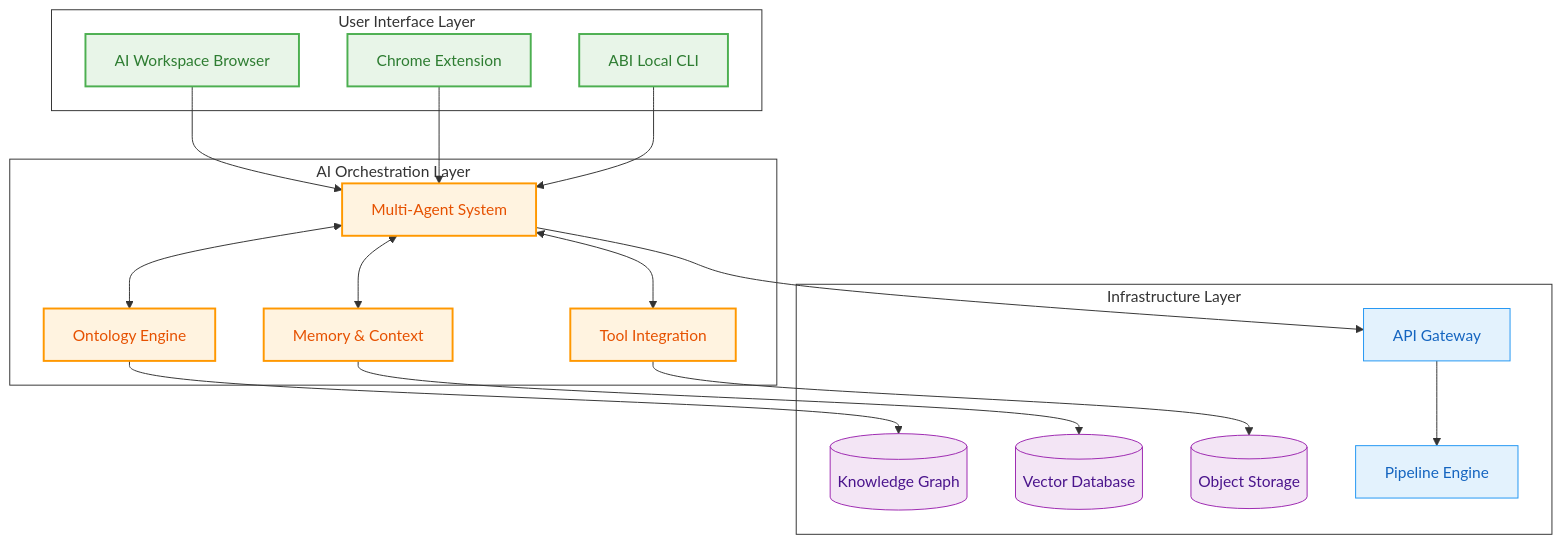
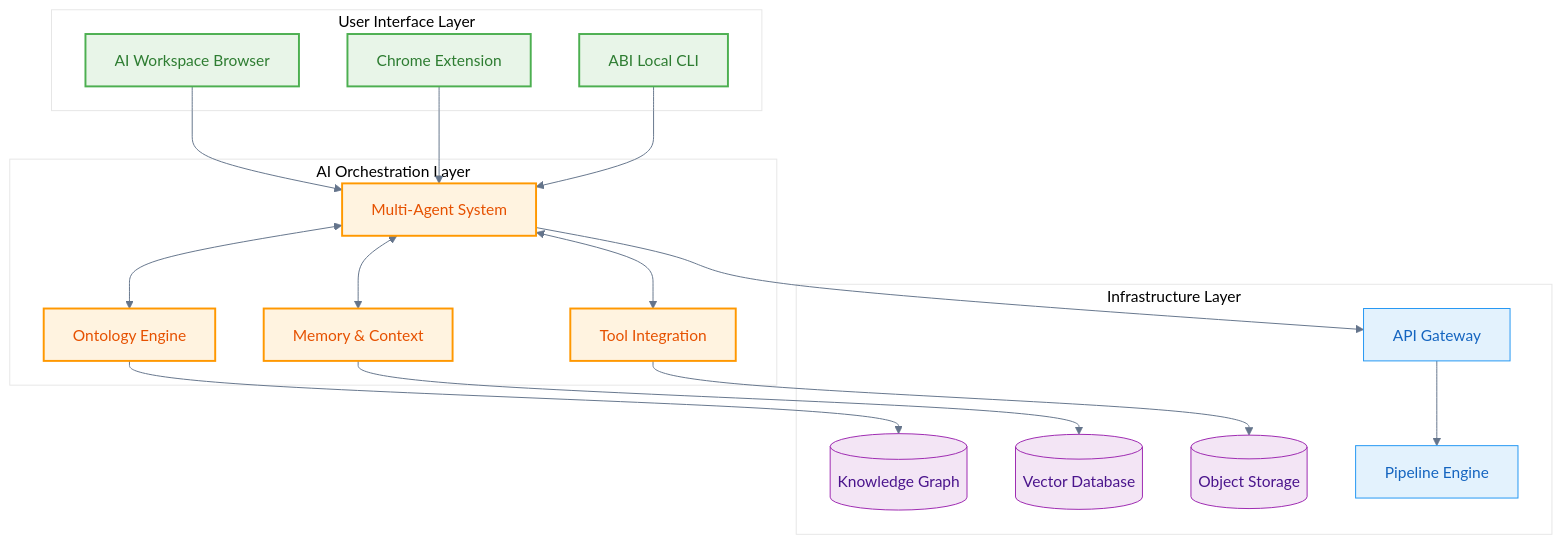
The first of 2 diagrams in site/docs/scale/architecture/overview.md (jupyter-naas/docs), drawn with Mermaid before and after one commit. The commit also changed other lines of this file and 1 other file, not shown here.

Commit message:
fix: Use exact same Mermaid theme configuration as platform overview
✅ Applied identical styling pattern from introduction.md:

🎯 Theme Configuration Applied:
- %%{init: {'theme':'base', 'themeVariables': {'primaryColor': '#f8fafc', 'primaryTextColor': '#1e293b', 'primaryBorderColor': '#e2e8f0', 'lineColor': '#64748b'}}}%%
- Ensures white subgraph backgrounds in both light and dark modes
- Matches platform overview exactly

📋 Updated Files:
- /scale/architecture/overview.md - Both diagrams now use theme config
- _mermaid-styles.md - Updated template with correct pattern
- Removed complex subgraph styling attempts

🔍 Solution:
- Used exact same theme configuration as platform overview
- Standard subgraph syntax: subgraph "Title" (no ID needed)
- Global color control through theme variables
- Consistent white backgrounds across all diagrams

Now scale/architecture/overview#platform-architecture matches the platform overview styling perfectly.

````diff
--- a/site/docs/scale/architecture/overview.md
+++ b/site/docs/scale/architecture/overview.md
@@ -13,50 +13,49 @@
 ```mermaid
+%%{init: {'theme':'base', 'themeVariables': {'primaryColor': '#f8fafc', 'primaryTextColor': '#1e293b', 'primaryBorderColor': '#e2e8f0', 'lineColor': '#64748b'}}}%%
 graph TB
-    subgraph UI_LAYER ["User Interface Layer"]
+    subgraph "User Interface Layer"
         UI[AI Workspace Browser]
         EXT[Chrome Extension]
         CLI[ABI Local CLI]
     end
     
-    subgraph AI_LAYER ["AI Orchestration Layer"]
+    subgraph "AI Orchestration Layer"
         AGENTS[Multi-Agent System]
         ONTOLOGY[Ontology Engine]
         MEMORY[Memory & Context]
         TOOLS[Tool Integration]
     end
     
-    subgraph INFRA_LAYER ["Infrastructure Layer"]
+    subgraph "Infrastructure Layer"
         API[API Gateway]
         DB[(Knowledge Graph)]
         VECTOR[(Vector Database)]
         STORAGE[(Object Storage)]
         PIPELINE[Pipeline Engine]
     end
     
     UI --> AGENTS
     EXT --> AGENTS
     CLI --> AGENTS
     
     AGENTS <--> ONTOLOGY
     AGENTS <--> MEMORY
     AGENTS <--> TOOLS
     
     AGENTS --> API
     ONTOLOGY --> DB
     MEMORY --> VECTOR
     TOOLS --> STORAGE
     API --> PIPELINE
     
     classDef userExp fill:#e8f5e8,stroke:#4caf50,stroke-width:2px,color:#2e7d32
     classDef platform fill:#e3f2fd,stroke:#2196f3,stroke-width:1px,color:#1565c0
     classDef aiEngine fill:#fff3e0,stroke:#ff9800,stroke-width:2px,color:#e65100
     classDef dataLayer fill:#f3e5f5,stroke:#9c27b0,stroke-width:1px,color:#4a148c
     classDef infrastructure fill:#fce4ec,stroke:#e91e63,stroke-width:1px,color:#880e4f
-    classDef subgraphClear fill:none,stroke:#333,stroke-width:1px,color:#333
     
     class UI,EXT,CLI userExp
     class API,PIPELINE platform
     class AGENTS,ONTOLOGY,MEMORY,TOOLS aiEngine
     class DB,VECTOR,STORAGE dataLayer
-    class UI_LAYER,AI_LAYER,INFRA_LAYER subgraphClear
 ```
````
